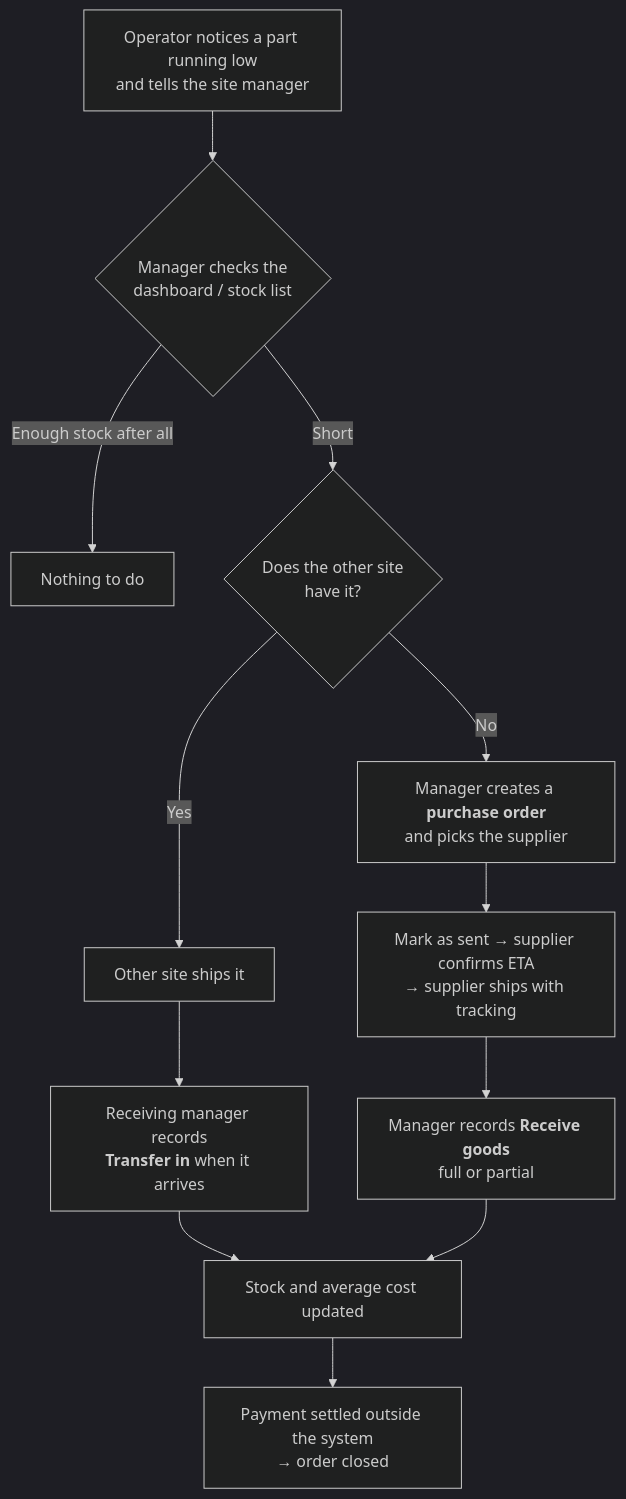
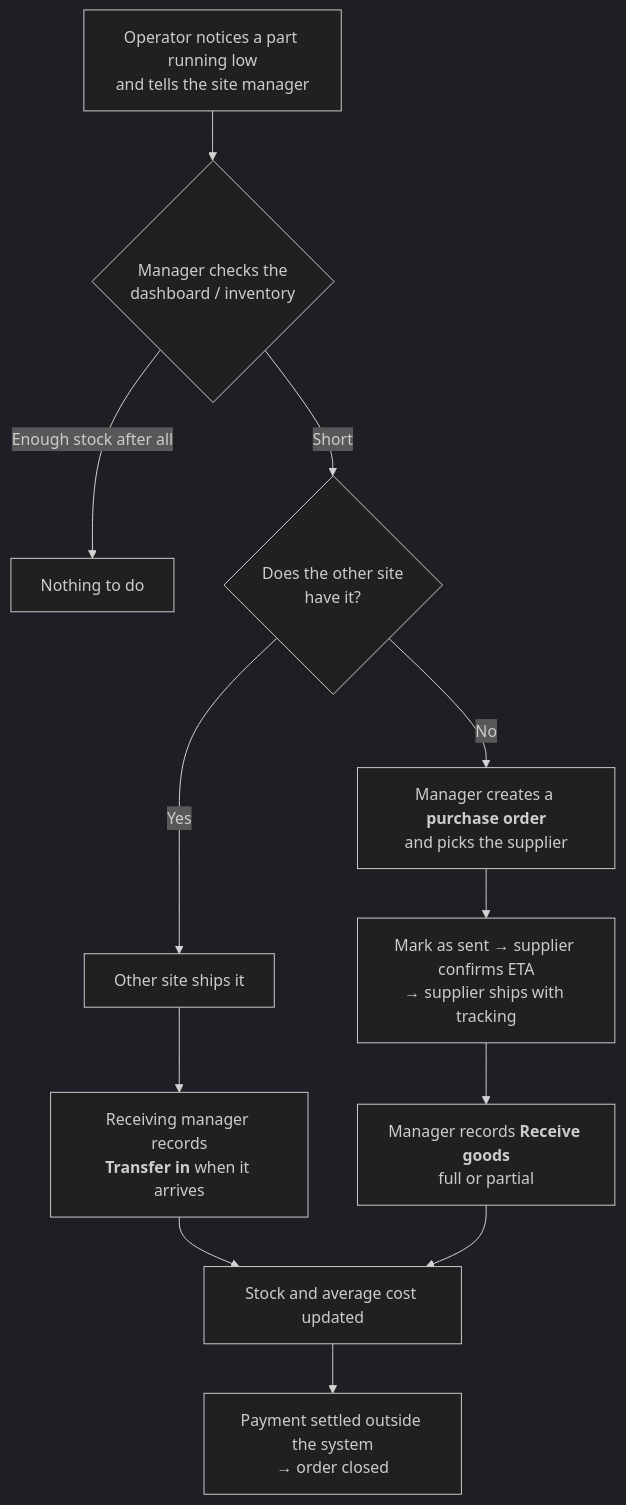
The first of 6 diagrams in README.md (Byld-research/ims), drawn with Mermaid (dark theme) before and after one commit. The commit also changed other lines of this file and 54 other files, not shown here.

First line of the commit message:
Rename Stock menu items to plain inventory terms

````diff
--- a/README.md
+++ b/README.md
@@ -73,14 +73,14 @@
 ```mermaid
 flowchart TD
-    A[Operator notices a part running low<br/>and tells the site manager] --> B{Manager checks the<br/>dashboard / stock list}
+    A[Operator notices a part running low<br/>and tells the site manager] --> B{Manager checks the<br/>dashboard / inventory}
     B -->|Enough stock after all| Z[Nothing to do]
     B -->|Short| C{Does the other site<br/>have it?}
     C -->|Yes| D[Other site ships it]
     D --> E[Receiving manager records<br/><b>Transfer in</b> when it arrives]
     C -->|No| F[Manager creates a <b>purchase order</b><br/>and picks the supplier]
     F --> G[Mark as sent → supplier confirms ETA<br/>→ supplier ships with tracking]
     G --> H[Manager records <b>Receive goods</b><br/>full or partial]
     E --> I[Stock and average cost updated]
     H --> I
     I --> J[Payment settled outside the system<br/>→ order closed]
 ```
````
